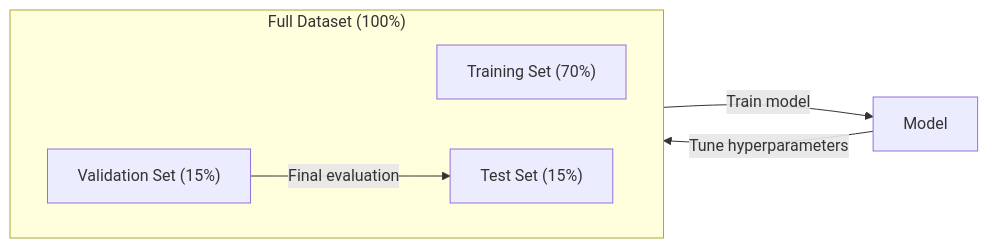
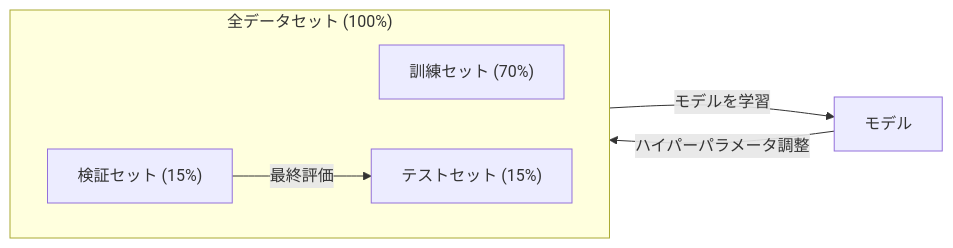
Before and after one commit to rohitg00/ai-engineering-from-scratch: the fourth of 6 diagrams in phases/02-ml-fundamentals/01-what-is-machine-learning/docs/en.md, drawn with Mermaid. The commit also changed other lines of this file and 1935 other files, not shown here.

````diff
--- a/phases/02-ml-fundamentals/01-what-is-machine-learning/docs/en.md
+++ b/phases/02-ml-fundamentals/01-what-is-machine-learning/docs/en.md
@@ -157,13 +157,13 @@
 ```mermaid
 flowchart LR
-    subgraph Dataset["Full Dataset (100%)"]
+    subgraph Dataset["全データセット (100%)"]
         direction LR
-        TR["Training Set (70%)"]
-        VA["Validation Set (15%)"]
-        TE["Test Set (15%)"]
+        TR["訓練セット (70%)"]
+        VA["検証セット (15%)"]
+        TE["テストセット (15%)"]
     end
 
-    TR -->|Train model| M[Model]
-    M -->|Tune hyperparameters| VA
-    VA -->|Final evaluation| TE
+    TR -->|モデルを学習| M[モデル]
+    M -->|ハイパーパラメータ調整| VA
+    VA -->|最終評価| TE
 ```
````
